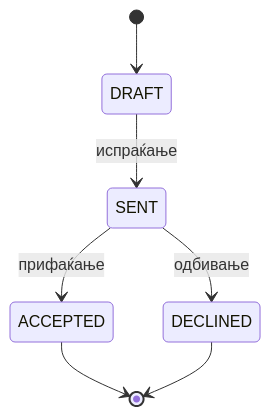
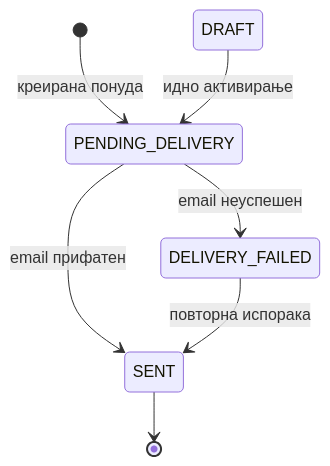
One commit to delenikov/car-care changed the sixth of 6 diagrams in docs/sds_mk.md. Above: the diagram before and after it, drawn with Mermaid. The commit also changed other lines of this file and 36 other files, not shown here.

````diff
--- a/docs/sds_mk.md
+++ b/docs/sds_mk.md
@@ -631,9 +713,9 @@
 ```mermaid
 stateDiagram-v2
-  [*] --> DRAFT
-  DRAFT --> SENT: испраќање
-  SENT --> ACCEPTED: прифаќање
-  SENT --> DECLINED: одбивање
-  ACCEPTED --> [*]
-  DECLINED --> [*]
+  [*] --> PENDING_DELIVERY: креирана понуда
+  PENDING_DELIVERY --> SENT: email прифатен
+  PENDING_DELIVERY --> DELIVERY_FAILED: email неуспешен
+  DELIVERY_FAILED --> SENT: повторна испорака
+  DRAFT --> PENDING_DELIVERY: идно активирање
+  SENT --> [*]
 ```
````
